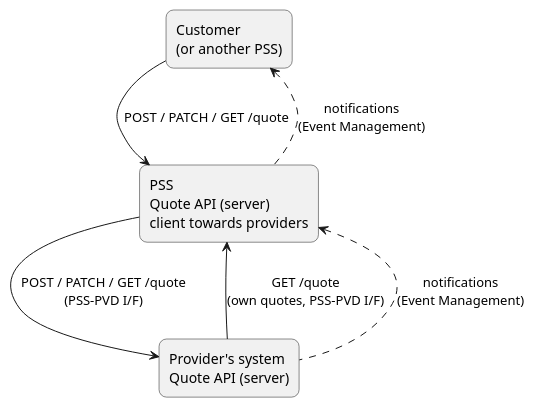
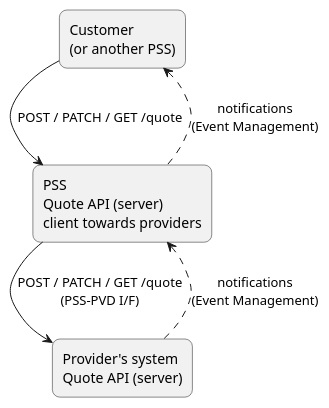
One commit to psi-consortium/psi changed the second of 4 diagrams in doc/PSI/PSI-TOD/tasks/TOD-03-06-Quote_Management.md. Above: the diagram before and after it, drawn with PlantUML. The commit also changed other lines of this file and 8 other files, not shown here.

````diff
--- a/doc/PSI/PSI-TOD/tasks/TOD-03-06-Quote_Management.md
+++ b/doc/PSI/PSI-TOD/tasks/TOD-03-06-Quote_Management.md
@@ -68,18 +68,17 @@
 ```plantuml
 @startuml
 skinparam rectangle {
   RoundCorner 15
 }
 
 rectangle "Customer\n(or another PSS)"                     as C
 rectangle "PSS\nQuote API (server)\nclient towards providers" as P
 rectangle "Provider's system\nQuote API (server)"           as V
 
 C -down-> P  : POST / PATCH / GET /quote
 P -down-> V  : POST / PATCH / GET /quote\n(PSS-PVD I/F)
-V -up->   P  : GET /quote\n(own quotes, PSS-PVD I/F)
 V .up.>   P  : notifications\n(Event Management)
 P .up.>   C  : notifications\n(Event Management)
 @enduml
 
 ```
````
